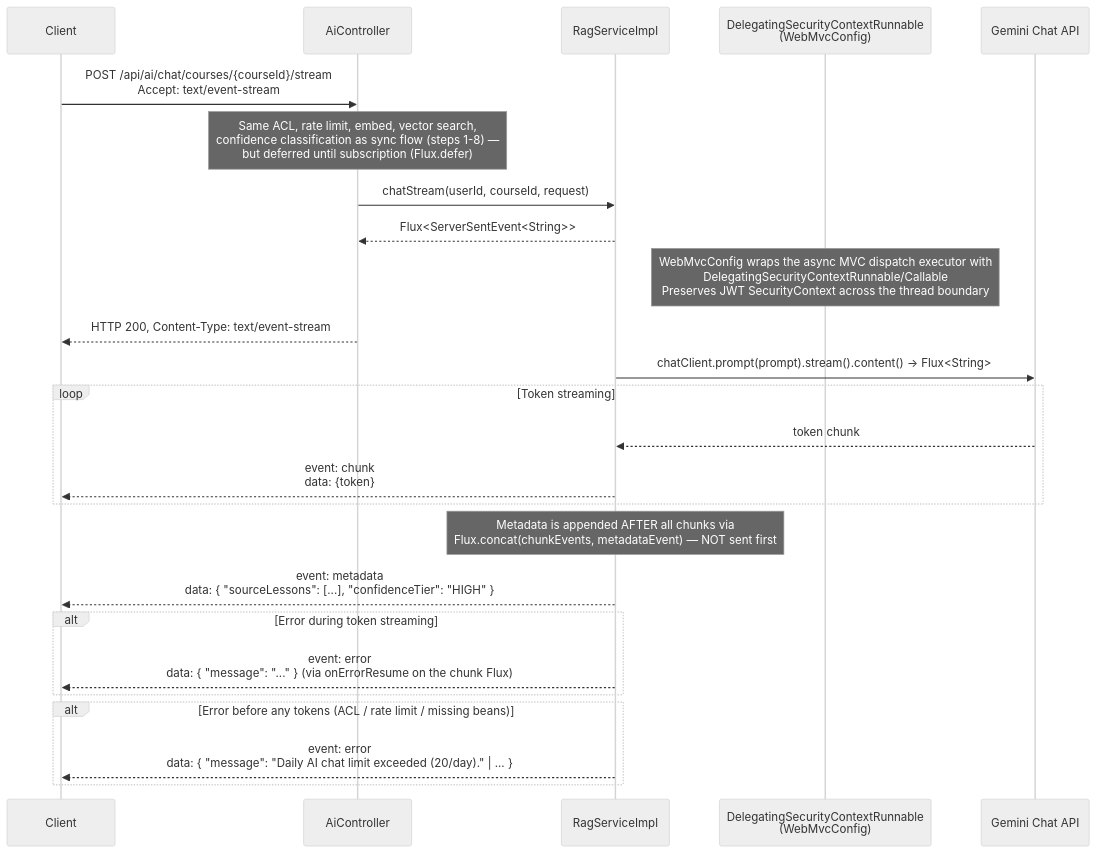
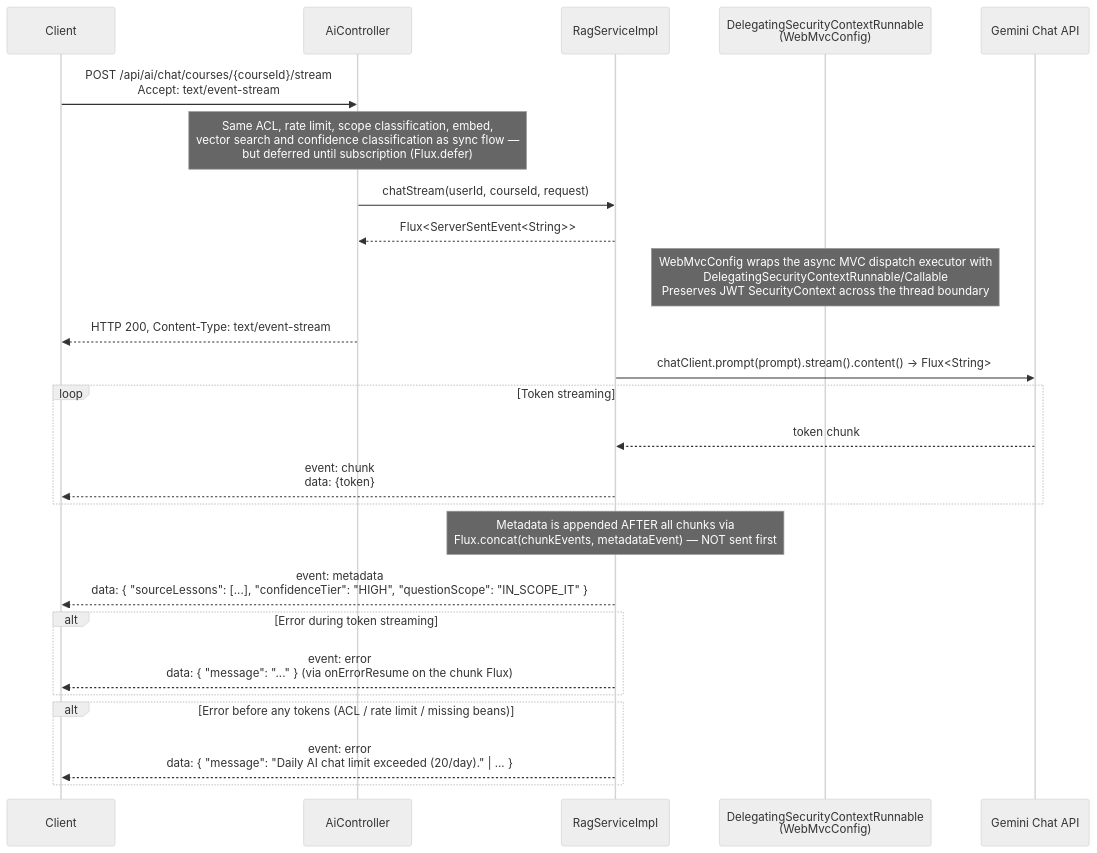
Diagram 13 of 15 in docs/workflows/ai_workflows.md (HuuLocFIT/EduMind), drawn with Mermaid (neutral theme) before and after one commit. The commit also changed other lines of this file and 20 other files, not shown here.

First line of the commit message:
feat: Enhance AI Tutor functionality with question scope classification and confidence tier management

````diff
--- a/docs/workflows/ai_workflows.md
+++ b/docs/workflows/ai_workflows.md
@@ -846,37 +854,37 @@
 ```mermaid
 sequenceDiagram
     participant Client
     participant Controller as AiController
     participant RagService as RagServiceImpl
     participant SecurityCtx as DelegatingSecurityContextRunnable<br/>(WebMvcConfig)
     participant ChatModel as Gemini Chat API
 
     Client->>Controller: POST /api/ai/chat/courses/{courseId}/stream<br>Accept: text/event-stream
 
-    Note over Controller: Same ACL, rate limit, embed, vector search,<br>confidence classification as sync flow (steps 1-8) —<br>but deferred until subscription (Flux.defer)
+    Note over Controller: Same ACL, rate limit, scope classification, embed,<br>vector search and confidence classification as sync flow —<br>but deferred until subscription (Flux.defer)
 
     Controller->>RagService: chatStream(userId, courseId, request)
     RagService-->>Controller: Flux<ServerSentEvent<String>>
 
     Note over SecurityCtx: WebMvcConfig wraps the async MVC dispatch executor with<br>DelegatingSecurityContextRunnable/Callable<br>Preserves JWT SecurityContext across the thread boundary
 
     Controller-->>Client: HTTP 200, Content-Type: text/event-stream
 
     RagService->>ChatModel: chatClient.prompt(prompt).stream().content() → Flux<String>
 
     loop Token streaming
         ChatModel-->>RagService: token chunk
         RagService-->>Client: event: chunk<br>data: {token}
     end
 
     Note over RagService: Metadata is appended AFTER all chunks via<br>Flux.concat(chunkEvents, metadataEvent) — NOT sent first
-    RagService-->>Client: event: metadata<br>data: { "sourceLessons": [...], "confidenceTier": "HIGH" }
+    RagService-->>Client: event: metadata<br>data: { "sourceLessons": [...], "confidenceTier": "HIGH", "questionScope": "IN_SCOPE_IT" }
 
     alt Error during token streaming
         RagService-->>Client: event: error<br>data: { "message": "..." } (via onErrorResume on the chunk Flux)
     end
 
     alt Error before any tokens (ACL / rate limit / missing beans)
         RagService-->>Client: event: error<br>data: { "message": "Daily AI chat limit exceeded (20/day)." | ... }
     end
 ```
````
